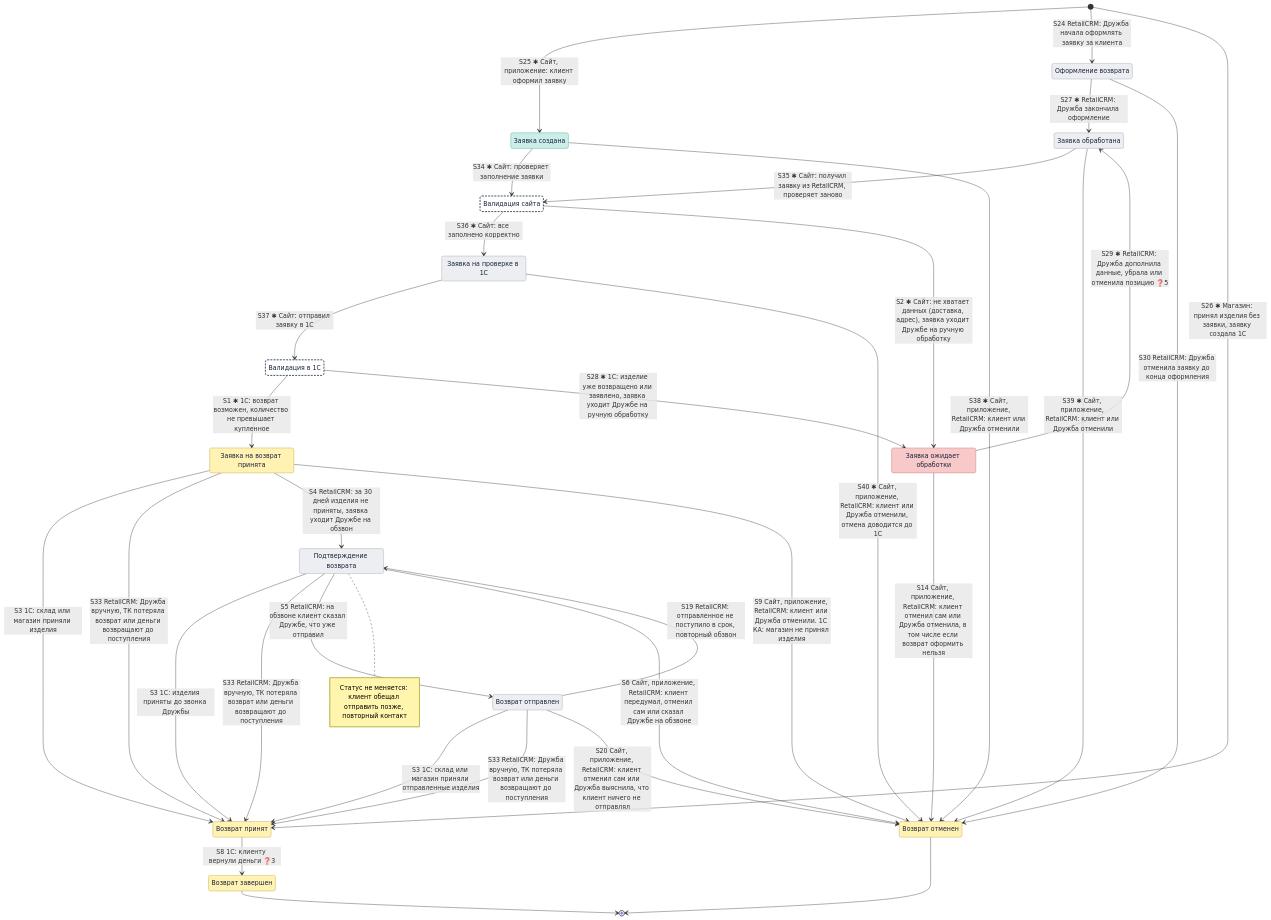
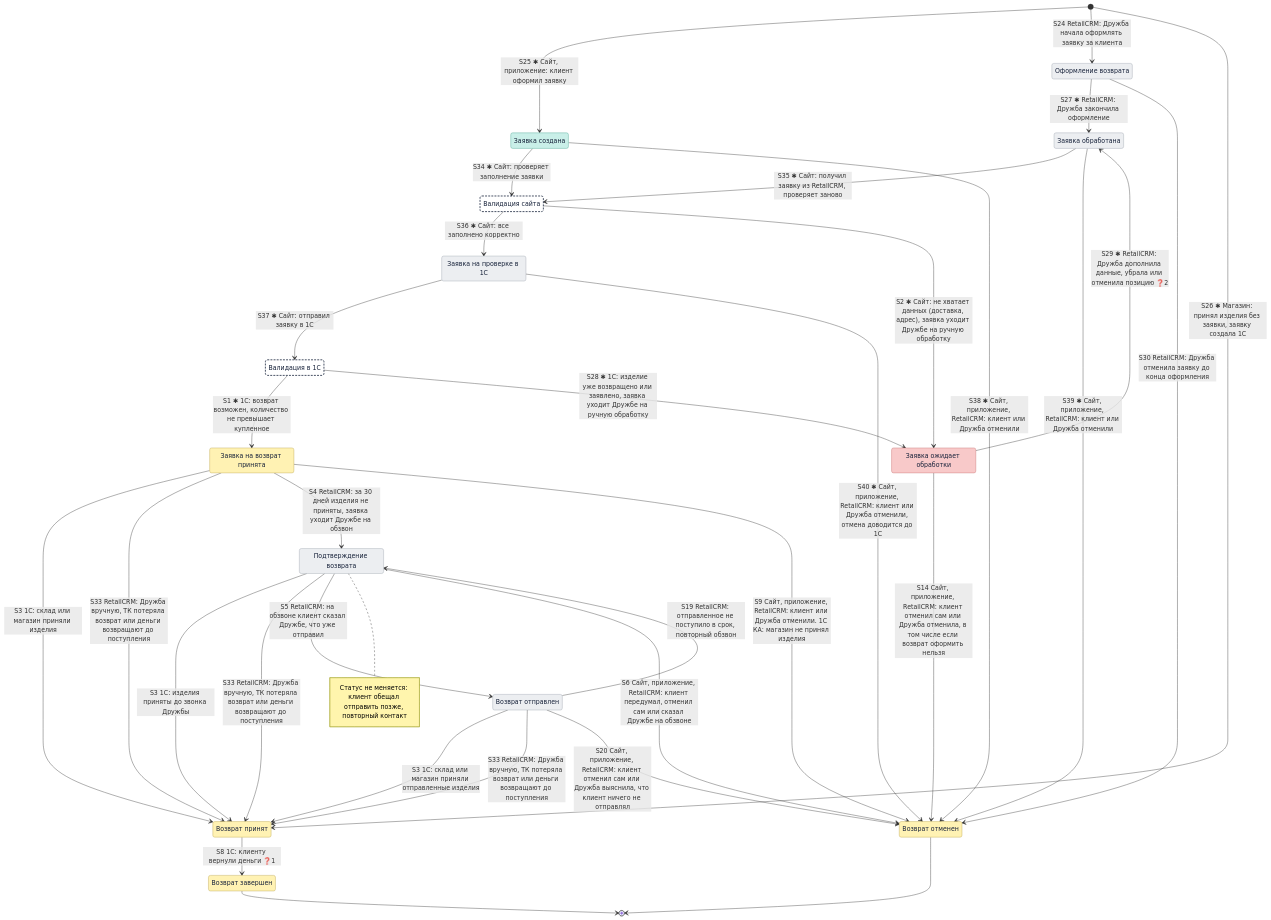
One commit to Terinss155/opencode-agents-analysis changed the first of 3 diagrams in projects/returns-2.0/requirements/diagrams/state/return-status-v4_state.md. Above: the diagram before and after it, drawn with Mermaid. The commit also changed other lines of this file and 28 other files, not shown here.

First line of the commit message:
Возвраты 2.0: встреча 19.11, ADR-RET-107…110, статусная модель v9, этап 0 — контракт признаков в 1С и реквизиты из RetailCRM

````diff
--- a/projects/returns-2.0/requirements/diagrams/state/return-status-v4_state.md
+++ b/projects/returns-2.0/requirements/diagrams/state/return-status-v4_state.md
@@ -59,65 +58,65 @@
 ```mermaid
 stateDiagram-v2
     direction TB
 
     state "Оформление возврата" as Draft
     state "Заявка создана" as Created
     state "Заявка обработана" as Processed
     state "Валидация сайта" as SiteCheck
     state "Заявка на проверке в 1С" as SiteValid
     state "Валидация в 1С" as OneCCheck
     state "Заявка ожидает обработки" as Pending
     state "Заявка на возврат принята" as Accepted
     state "Подтверждение возврата" as Confirm
     state "Возврат отправлен" as Sent
     state "Возврат принят" as Received
     state "Возврат завершен" as Completed
     state "Возврат отменен" as Cancelled
 
     [*] --> Created : S25 ✱ Сайт, приложение: клиент оформил заявку
     [*] --> Draft : S24 RetailCRM: Дружба начала оформлять заявку за клиента
     [*] --> Received : S26 ✱ Магазин: принял изделия без заявки, заявку создала 1С
     Draft --> Processed : S27 ✱ RetailCRM: Дружба закончила оформление
     Created --> SiteCheck : S34 ✱ Сайт: проверяет заполнение заявки
     Processed --> SiteCheck : S35 ✱ Сайт: получил заявку из RetailCRM, проверяет заново
     SiteCheck --> SiteValid : S36 ✱ Сайт: все заполнено корректно
     SiteCheck --> Pending : S2 ✱ Сайт: не хватает данных (доставка, адрес), заявка уходит Дружбе на ручную обработку
     SiteValid --> OneCCheck : S37 ✱ Сайт: отправил заявку в 1С
     OneCCheck --> Accepted : S1 ✱ 1С: возврат возможен, количество не превышает купленное
     OneCCheck --> Pending : S28 ✱ 1С: изделие уже возвращено или заявлено, заявка уходит Дружбе на ручную обработку
-    Pending --> Processed : S29 ✱ RetailCRM: Дружба дополнила данные, убрала или отменила позицию ❓5
+    Pending --> Processed : S29 ✱ RetailCRM: Дружба дополнила данные, убрала или отменила позицию ❓2
     Accepted --> Received : S3 1С: склад или магазин приняли изделия
     Accepted --> Received : S33 RetailCRM: Дружба вручную, ТК потеряла возврат или деньги возвращают до поступления
     Accepted --> Confirm : S4 RetailCRM: за 30 дней изделия не приняты, заявка уходит Дружбе на обзвон
     Confirm --> Received : S3 1С: изделия приняты до звонка Дружбы
     Confirm --> Received : S33 RetailCRM: Дружба вручную, ТК потеряла возврат или деньги возвращают до поступления
     Confirm --> Sent : S5 RetailCRM: на обзвоне клиент сказал Дружбе, что уже отправил
     note right of Confirm
         Статус не меняется: клиент обещал отправить позже, повторный контакт
     end note
     Sent --> Confirm : S19 RetailCRM: отправленное не поступило в срок, повторный обзвон
     Sent --> Received : S3 1С: склад или магазин приняли отправленные изделия
     Sent --> Received : S33 RetailCRM: Дружба вручную, ТК потеряла возврат или деньги возвращают до поступления
-    Received --> Completed : S8 1С: клиенту вернули деньги ❓3
+    Received --> Completed : S8 1С: клиенту вернули деньги ❓1
     Draft --> Cancelled : S30 RetailCRM: Дружба отменила заявку до конца оформления
     Created --> Cancelled : S38 ✱ Сайт, приложение, RetailCRM: клиент или Дружба отменили
     Processed --> Cancelled : S39 ✱ Сайт, приложение, RetailCRM: клиент или Дружба отменили
     SiteValid --> Cancelled : S40 ✱ Сайт, приложение, RetailCRM: клиент или Дружба отменили, отмена доводится до 1С
     Pending --> Cancelled : S14 Сайт, приложение, RetailCRM: клиент отменил сам или Дружба отменила, в том числе если возврат оформить нельзя
     Accepted --> Cancelled : S9 Сайт, приложение, RetailCRM: клиент или Дружба отменили. 1С КА: магазин не принял изделия
     Confirm --> Cancelled : S6 Сайт, приложение, RetailCRM: клиент передумал, отменил сам или сказал Дружбе на обзвоне
     Sent --> Cancelled : S20 Сайт, приложение, RetailCRM: клиент отменил сам или Дружба выяснила, что клиент ничего не отправлял
     Completed --> [*]
     Cancelled --> [*]
 
     classDef both fill:#fff2b3,stroke:#b8a24a,color:#17223a
     classDef first fill:#c9efe8,stroke:#4aa392,color:#17223a
     classDef internal fill:#eceef1,stroke:#9aa1ad,color:#17223a
     classDef error fill:#f8c9c9,stroke:#c66b6b,color:#17223a
     classDef check fill:#ffffff,stroke:#17223a,stroke-width:2px,stroke-dasharray:5 3,color:#17223a
     class Created first
     class Pending error
     class Accepted,Received,Completed,Cancelled both
     class Draft,Processed,SiteValid,Confirm,Sent internal
     class SiteCheck,OneCCheck check
 ```
````
